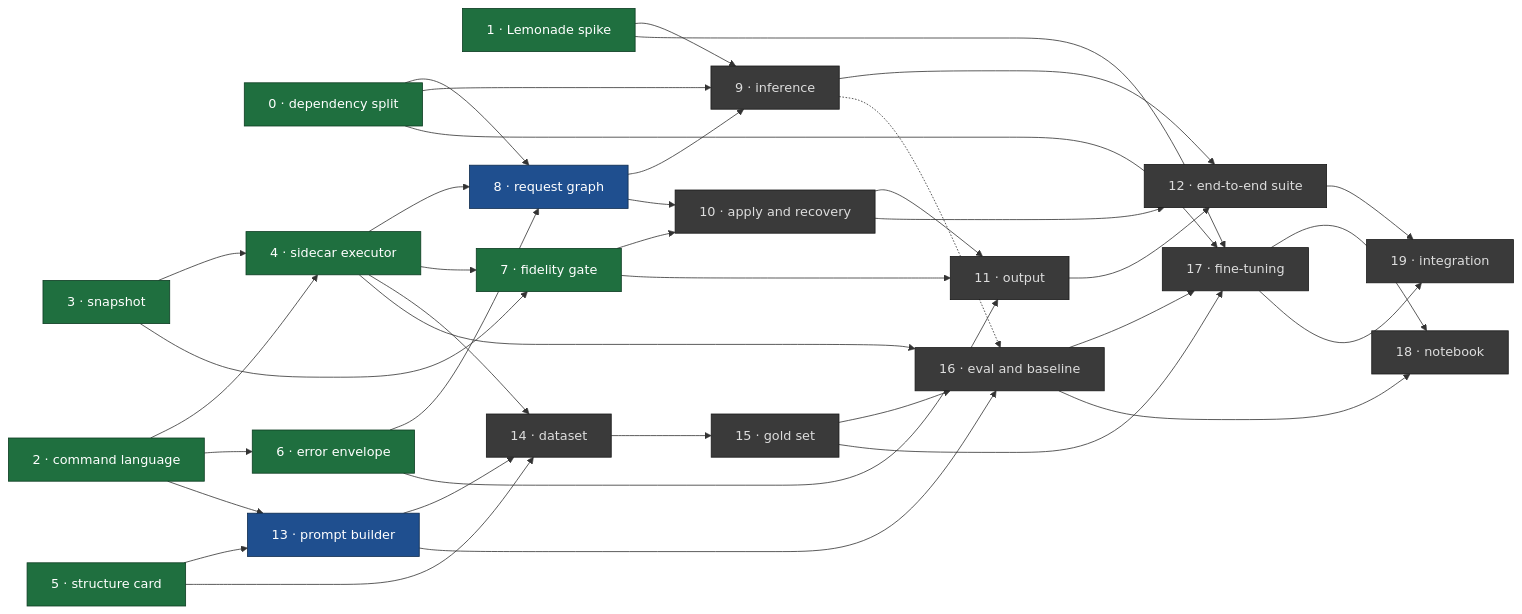
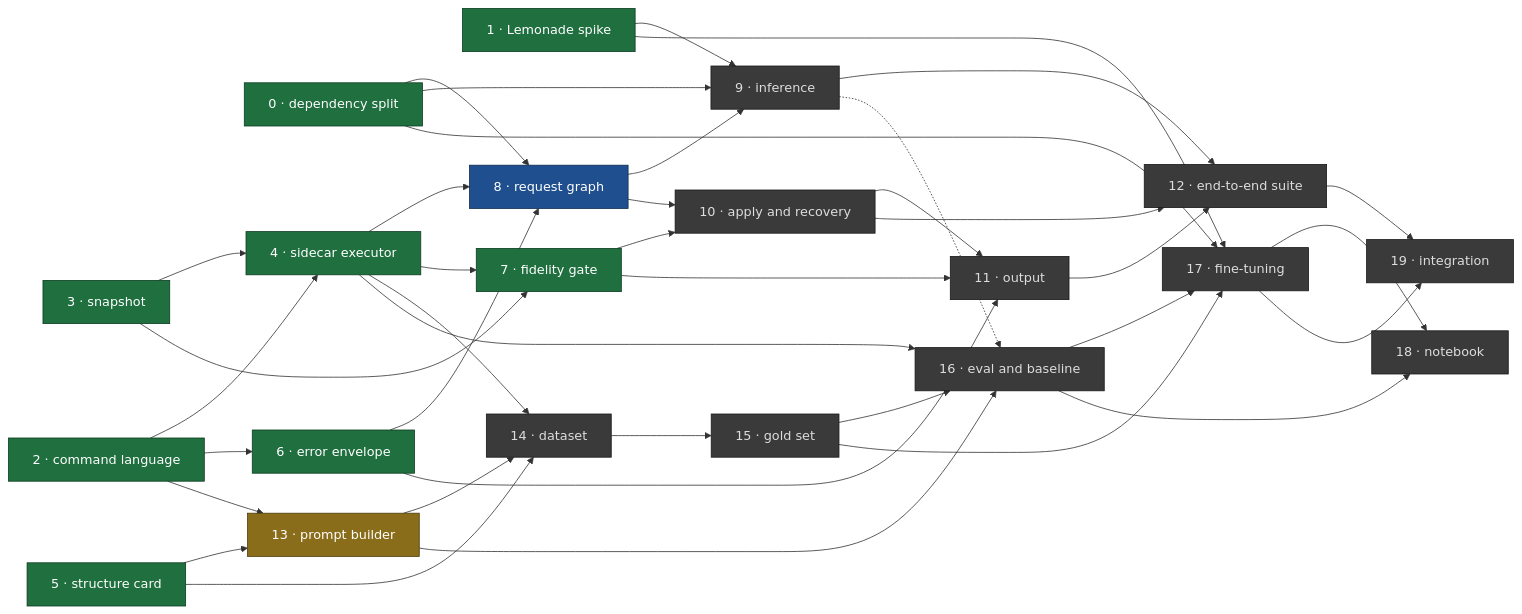
The diagram in docs/master_plan.md (urban233/pymol-copilot), drawn with Mermaid before and after one commit. The commit also changed other lines of this file, not shown here.

First line of the commit message:
Address review: item 13 is in review, and 13 to 9 is not a prerequisite

````diff
--- a/docs/master_plan.md
+++ b/docs/master_plan.md
@@ -112,66 +112,66 @@
 ```mermaid
 flowchart LR
   classDef done fill:#1f6f3f,stroke:#0d3d22,color:#fff
   classDef review fill:#8a6d1a,stroke:#4d3c0c,color:#fff
   classDef ready fill:#1f4f8f,stroke:#0d2a4d,color:#fff
   classDef blocked fill:#3a3a3a,stroke:#1a1a1a,color:#ddd
 
   I0["0 · dependency split"]:::done
   I1["1 · Lemonade spike"]:::done
   I2["2 · command language"]:::done
   I3["3 · snapshot"]:::done
   I4["4 · sidecar executor"]:::done
   I5["5 · structure card"]:::done
   I6["6 · error envelope"]:::done
   I7["7 · fidelity gate"]:::done
   I8["8 · request graph"]:::ready
   I9["9 · inference"]:::blocked
   I10["10 · apply and recovery"]:::blocked
   I11["11 · output"]:::blocked
   I12["12 · end-to-end suite"]:::blocked
-  I13["13 · prompt builder"]:::ready
+  I13["13 · prompt builder"]:::review
   I14["14 · dataset"]:::blocked
   I15["15 · gold set"]:::blocked
   I16["16 · eval and baseline"]:::blocked
   I17["17 · fine-tuning"]:::blocked
   I18["18 · notebook"]:::blocked
   I19["19 · integration"]:::blocked
 
   I2 --> I4
   I3 --> I4
   I2 --> I6
   I0 --> I8
   I4 --> I8
   I6 --> I8
   I3 --> I7
   I4 --> I7
   I0 --> I9
   I1 --> I9
   I8 --> I9
   I7 --> I10
   I8 --> I10
   I6 --> I11
   I7 --> I11
   I10 --> I11
   I9 --> I12
   I10 --> I12
   I11 --> I12
   I2 --> I13
   I5 --> I13
   I4 --> I14
   I5 --> I14
   I13 --> I14
   I14 --> I15
   I15 --> I16
   I13 --> I16
   I4 --> I16
   I9 -.-> I16
   I1 --> I17
   I0 --> I17
   I15 --> I17
   I16 --> I17
   I16 --> I18
   I17 --> I18
   I12 --> I19
   I17 --> I19
 ```
````
